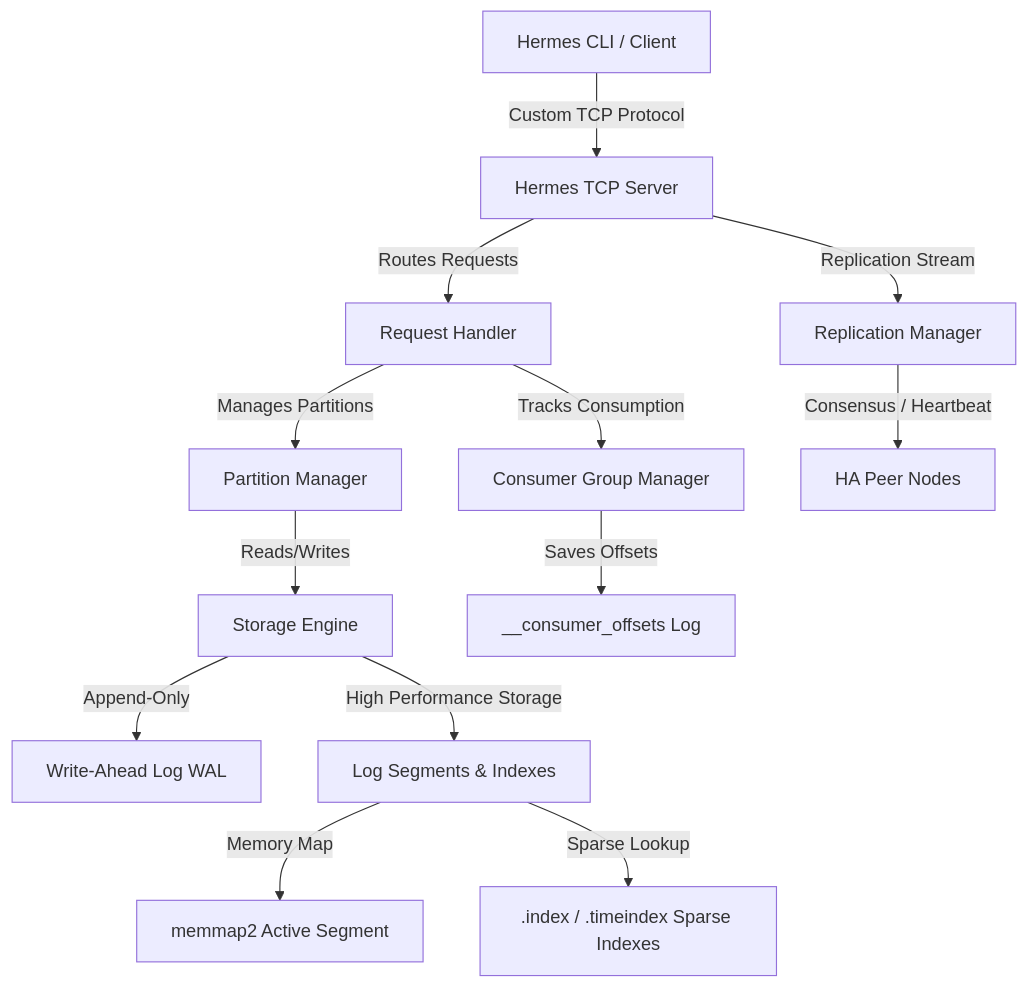
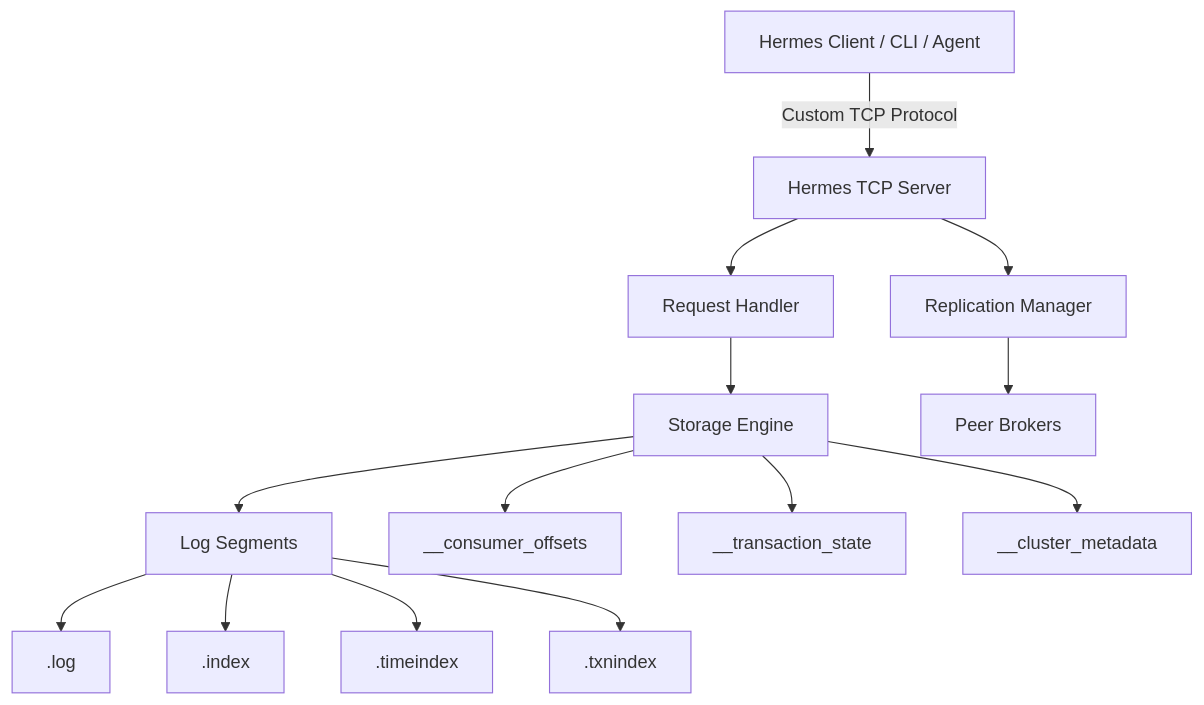
One commit to TamsavYT/Bifrox changed the diagram in README.md. Above: the diagram before and after it, drawn with Mermaid. The commit also changed other lines of this file, not shown here.

Commit message:
docs: Update README to enhance architectural overview and clarify security model

````diff
--- a/README.md
+++ b/README.md
@@ -15,17 +68,16 @@
 ```mermaid
 graph TD
-    Client[Hermes CLI / Client] -->|Custom TCP Protocol| Server[Hermes TCP Server]
-    Server -->|Routes Requests| Handler[Request Handler]
-    Handler -->|Manages Partitions| PartitionMgr[Partition Manager]
-    PartitionMgr -->|Reads/Writes| StorageEngine[Storage Engine]
-    StorageEngine -->|Append-Only| WAL[Write-Ahead Log WAL]
-    StorageEngine -->|High Performance Storage| Segments[Log Segments & Indexes]
-    Segments -->|Memory Map| Mmap[memmap2 Active Segment]
-    Segments -->|Sparse Lookup| Index[.index / .timeindex Sparse Indexes]
-    
-    Server -->|Replication Stream| RepMgr[Replication Manager]
-    RepMgr -->|Consensus / Heartbeat| Peers[HA Peer Nodes]
-    
-    Handler -->|Tracks Consumption| ConsumerGroup[Consumer Group Manager]
-    ConsumerGroup -->|Saves Offsets| OffsetLog[__consumer_offsets Log]
+    Client[Hermes Client / CLI / Agent] -->|Custom TCP Protocol| Server[Hermes TCP Server]
+    Server --> Handler[Request Handler]
+    Handler --> Engine[Storage Engine]
+    Engine --> Segments[Log Segments]
+    Segments --> Log[.log]
+    Segments --> Index[.index]
+    Segments --> TimeIndex[.timeindex]
+    Segments --> TxnIndex[.txnindex]
+    Engine --> GroupOffsets[__consumer_offsets]
+    Engine --> TxState[__transaction_state]
+    Engine --> Metadata[__cluster_metadata]
+    Server --> Replication[Replication Manager]
+    Replication --> Brokers[Peer Brokers]
 ```
````
